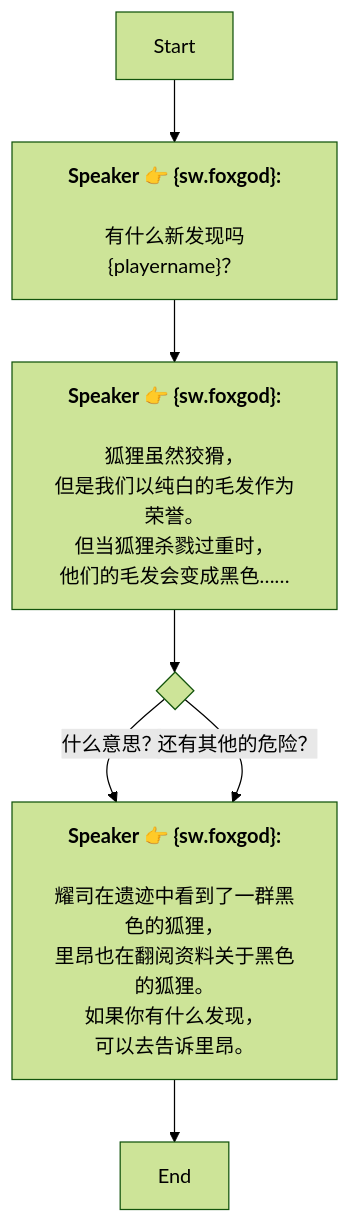
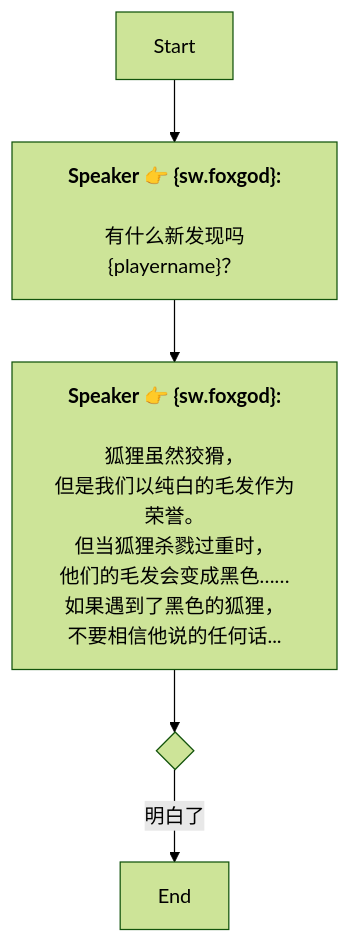
The diagram in Zh/QuestTalkObjectiveNode_1761996296966827.md (SoftHu/tos_avg), drawn with Mermaid (forest theme) before and after one commit. The commit also changed 297 other files, not shown here.

````diff
--- a/Zh/QuestTalkObjectiveNode_1761996296966827.md
+++ b/Zh/QuestTalkObjectiveNode_1761996296966827.md
@@ -1,28 +1,17 @@
 ```mermaid
 graph
 Start -->1761996905918126[<b>Speaker 👉 &lbrace;sw.foxgod&rbrace;:</b>
 
 有什么新发现吗&lbrace;playername&rbrace;？]
 1761996905918126 -->1761996951600820[<b>Speaker 👉 &lbrace;sw.foxgod&rbrace;:</b>
 
 狐狸虽然狡猾，
 但是我们以纯白的毛发作为荣誉。
 但当狐狸杀戮过重时，
 他们的毛发会变成黑色……
-]
-1761996951600820 -->1761997005304503{ }
-1761997005304503 -->|什么意思？|1761997032037052[<b>Speaker 👉 &lbrace;sw.foxgod&rbrace;:</b>
-
-耀司在遗迹中看到了一群黑色的狐狸，
-里昂也在翻阅资料关于黑色的狐狸。
-如果你有什么发现，
-可以去告诉里昂。]
-1761997005304503 -->|还有其他的危险？|1761997032037052[<b>Speaker 👉 &lbrace;sw.foxgod&rbrace;:</b>
-
-耀司在遗迹中看到了一群黑色的狐狸，
-里昂也在翻阅资料关于黑色的狐狸。
-如果你有什么发现，
-可以去告诉里昂。]
-1761997032037052 -->1761997069046461[End]
+如果遇到了黑色的狐狸，
+不要相信他说的任何话...]
+1761996951600820 -->1766955653325709{ }
+1766955653325709 -->|明白了|1761997069046461[End]
 
  ```
````
